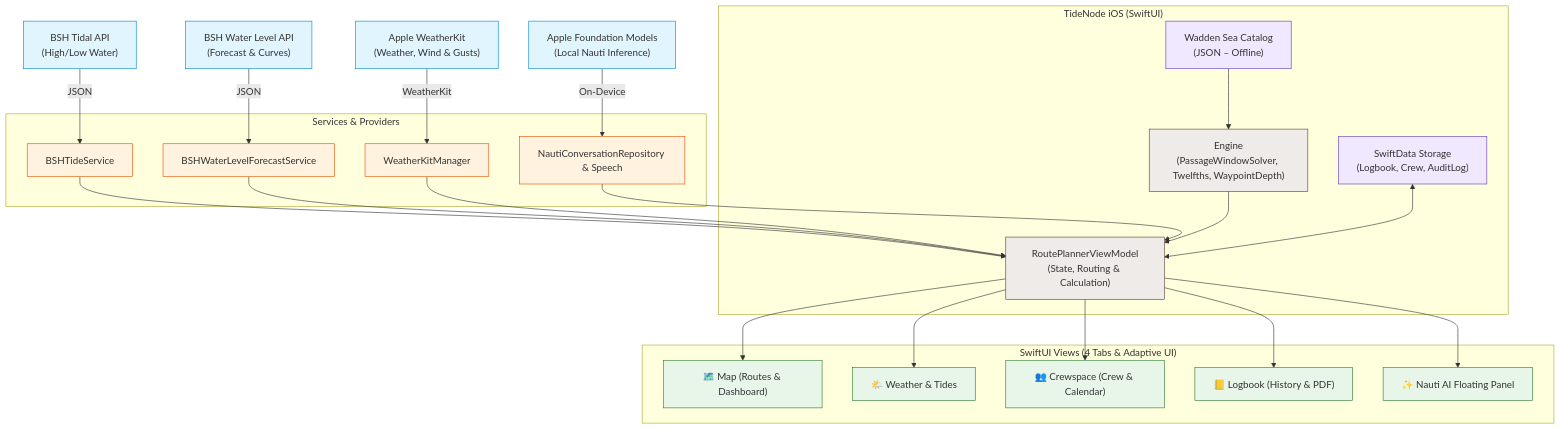
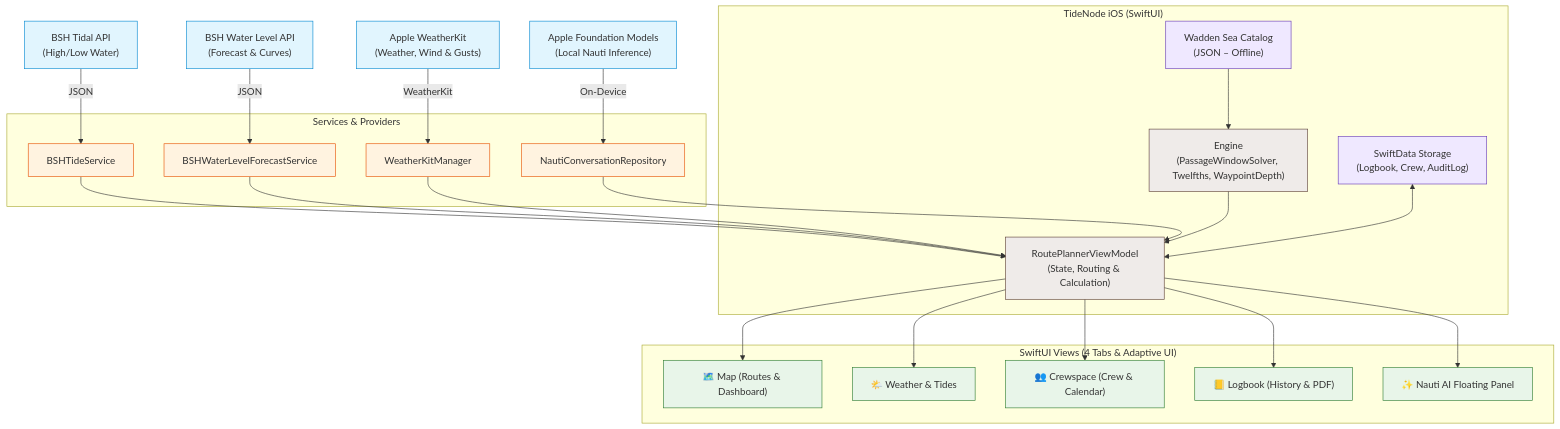
The first of 2 diagrams in README.en.md (everybodydaniel/Toernberechnung-iOS), drawn with Mermaid before and after one commit. The commit also changed other lines of this file and 15 other files, not shown here.

Commit message:
Remove deferred Nauti speech input from release build

````diff
--- a/README.en.md
+++ b/README.en.md
@@ -107,52 +107,52 @@
 ```mermaid
 graph TD
     BSH["BSH Tidal API<br/>(High/Low Water)"]:::source
     BSHWL["BSH Water Level API<br/>(Forecast & Curves)"]:::source
     APPLE["Apple WeatherKit<br/>(Weather, Wind & Gusts)"]:::source
     LOCALAI["Apple Foundation Models<br/>(Local Nauti Inference)"]:::source
 
     subgraph App ["TideNode iOS (SwiftUI)"]
         VM["RoutePlannerViewModel<br/>(State, Routing & Calculation)"]:::core
         ENGINE["Engine<br/>(PassageWindowSolver, Twelfths, WaypointDepth)"]:::core
         CATALOG["Wadden Sea Catalog<br/>(JSON – Offline)"]:::storage
         SWIFTDATA["SwiftData Storage<br/>(Logbook, Crew, AuditLog)"]:::storage
     end
 
     subgraph Services ["Services & Providers"]
         BSHS["BSHTideService"]:::service
         BSHWLS["BSHWaterLevelForecastService"]:::service
         WKS["WeatherKitManager"]:::service
-        NAUTIS["NautiConversationRepository & Speech"]:::service
+        NAUTIS["NautiConversationRepository"]:::service
     end
 
     subgraph UI ["SwiftUI Views (4 Tabs & Adaptive UI)"]
         MAP["🗺️ Map (Routes & Dashboard)"]:::client
         WEATHER["🌤️ Weather & Tides"]:::client
         CREW["👥 Crewspace (Crew & Calendar)"]:::client
         LOG["📒 Logbook (History & PDF)"]:::client
         NAUTIUI["✨ Nauti AI Floating Panel"]:::client
     end
 
     BSH -->|JSON| BSHS
     BSHWL -->|JSON| BSHWLS
     APPLE -->|WeatherKit| WKS
     LOCALAI -->|On-Device| NAUTIS
     BSHS --> VM
     BSHWLS --> VM
     WKS --> VM
     NAUTIS --> VM
     CATALOG --> ENGINE
     ENGINE --> VM
     SWIFTDATA <--> VM
     VM --> MAP
     VM --> WEATHER
     VM --> CREW
     VM --> LOG
     VM --> NAUTIUI
 
     classDef source fill:#e1f5fe,stroke:#0288d1,stroke-width:1px;
     classDef core fill:#efebe9,stroke:#5d4037,stroke-width:1px;
     classDef storage fill:#efe8ff,stroke:#673ab7,stroke-width:1px;
     classDef service fill:#fff3e0,stroke:#e65100,stroke-width:1px;
     classDef client fill:#e8f5e9,stroke:#2e7d32,stroke-width:1px;
 ```
````
